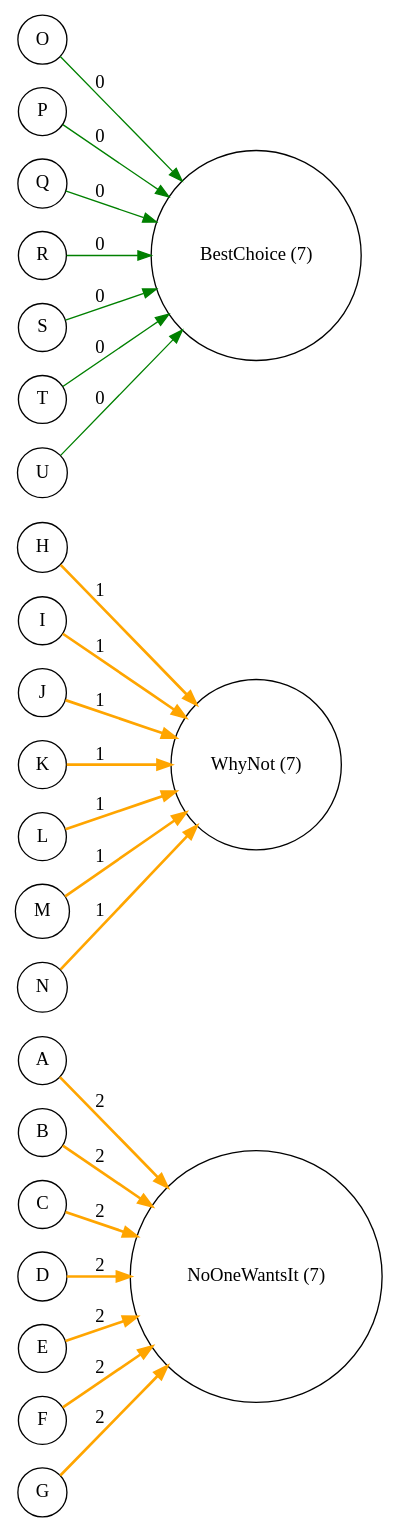
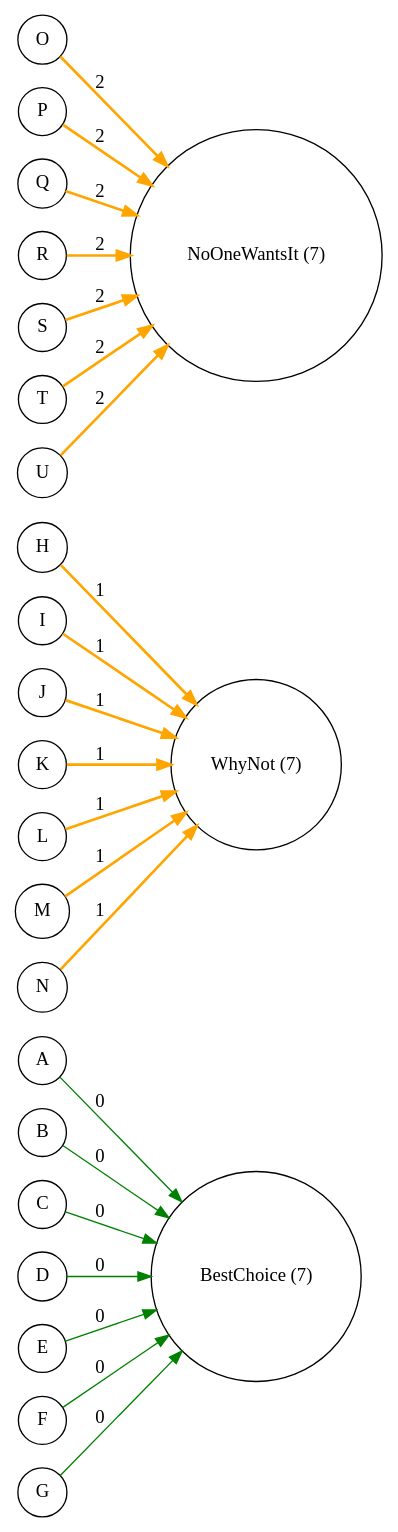
The diagram in graphs/bipartite4.bprtt.solved.dot (aurelienmichaud/ocaml-ford-fulkerson), drawn with Graphviz before and after one commit. The commit also changed 75 other files, not shown here.

```diff
--- a/graphs/bipartite4.bprtt.solved.dot
+++ b/graphs/bipartite4.bprtt.solved.dot
@@ -1,25 +1,25 @@
 digraph {
 	rankdir=LR;
 	node [shape = circle];
-	A -> "NoOneWantsIt (7)" [ label = "2" color = "orange" penwidth = 2.0];
-	B -> "NoOneWantsIt (7)" [ label = "2" color = "orange" penwidth = 2.0];
-	C -> "NoOneWantsIt (7)" [ label = "2" color = "orange" penwidth = 2.0];
-	D -> "NoOneWantsIt (7)" [ label = "2" color = "orange" penwidth = 2.0];
-	E -> "NoOneWantsIt (7)" [ label = "2" color = "orange" penwidth = 2.0];
-	F -> "NoOneWantsIt (7)" [ label = "2" color = "orange" penwidth = 2.0];
-	G -> "NoOneWantsIt (7)" [ label = "2" color = "orange" penwidth = 2.0];
+	A -> "BestChoice (7)" [ label = "0" color = "green" penwidth = 1.0];
+	B -> "BestChoice (7)" [ label = "0" color = "green" penwidth = 1.0];
+	C -> "BestChoice (7)" [ label = "0" color = "green" penwidth = 1.0];
+	D -> "BestChoice (7)" [ label = "0" color = "green" penwidth = 1.0];
+	E -> "BestChoice (7)" [ label = "0" color = "green" penwidth = 1.0];
+	F -> "BestChoice (7)" [ label = "0" color = "green" penwidth = 1.0];
+	G -> "BestChoice (7)" [ label = "0" color = "green" penwidth = 1.0];
 	H -> "WhyNot (7)" [ label = "1" color = "orange" penwidth = 2.0];
 	I -> "WhyNot (7)" [ label = "1" color = "orange" penwidth = 2.0];
 	J -> "WhyNot (7)" [ label = "1" color = "orange" penwidth = 2.0];
 	K -> "WhyNot (7)" [ label = "1" color = "orange" penwidth = 2.0];
 	L -> "WhyNot (7)" [ label = "1" color = "orange" penwidth = 2.0];
 	M -> "WhyNot (7)" [ label = "1" color = "orange" penwidth = 2.0];
 	N -> "WhyNot (7)" [ label = "1" color = "orange" penwidth = 2.0];
-	O -> "BestChoice (7)" [ label = "0" color = "green" penwidth = 1.0];
-	P -> "BestChoice (7)" [ label = "0" color = "green" penwidth = 1.0];
-	Q -> "BestChoice (7)" [ label = "0" color = "green" penwidth = 1.0];
-	R -> "BestChoice (7)" [ label = "0" color = "green" penwidth = 1.0];
-	S -> "BestChoice (7)" [ label = "0" color = "green" penwidth = 1.0];
-	T -> "BestChoice (7)" [ label = "0" color = "green" penwidth = 1.0];
-	U -> "BestChoice (7)" [ label = "0" color = "green" penwidth = 1.0];
+	O -> "NoOneWantsIt (7)" [ label = "2" color = "orange" penwidth = 2.0];
+	P -> "NoOneWantsIt (7)" [ label = "2" color = "orange" penwidth = 2.0];
+	Q -> "NoOneWantsIt (7)" [ label = "2" color = "orange" penwidth = 2.0];
+	R -> "NoOneWantsIt (7)" [ label = "2" color = "orange" penwidth = 2.0];
+	S -> "NoOneWantsIt (7)" [ label = "2" color = "orange" penwidth = 2.0];
+	T -> "NoOneWantsIt (7)" [ label = "2" color = "orange" penwidth = 2.0];
+	U -> "NoOneWantsIt (7)" [ label = "2" color = "orange" penwidth = 2.0];
 }
```
